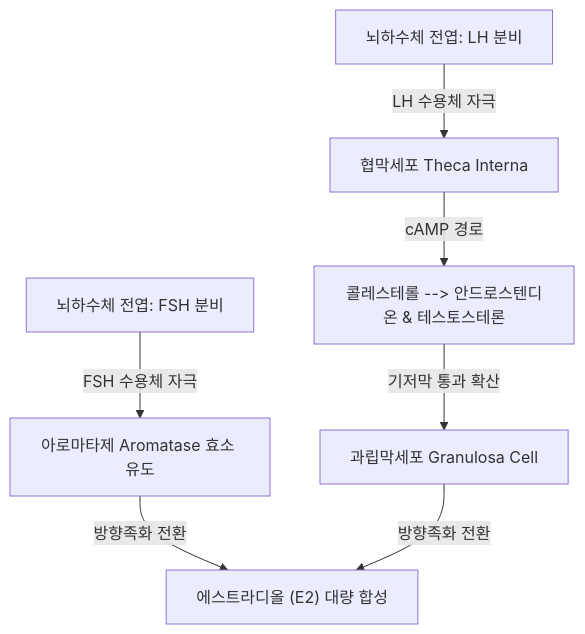
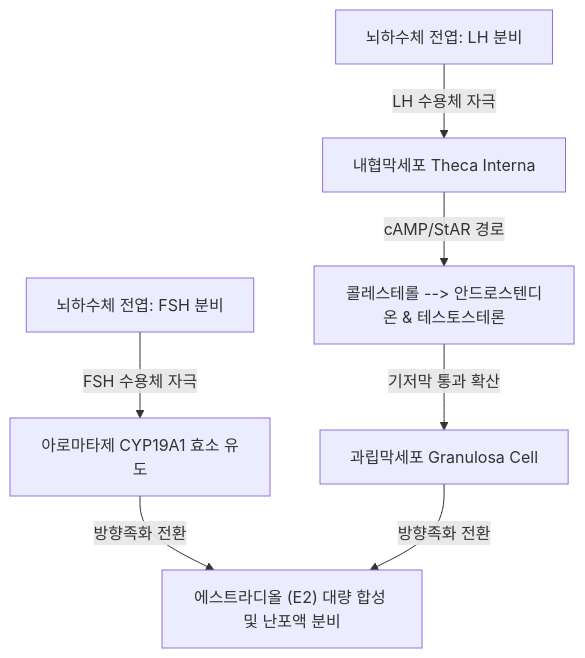
One commit to simbio11/simbio-digital-garden2 changed the diagram in content/5. 독서, 노트/독서/네터해부학/Vol1_생식기계/Day10_난소_해부내분비_낭종_PCOS_난소암_종양학.md. Above: the diagram before and after it, drawn with Mermaid. The commit also changed other lines of this file and 7 other files, not shown here.

````diff
--- a/content/5. 독서, 노트/독서/네터해부학/Vol1_생식기계/Day10_난소_해부내분비_낭종_PCOS_난소암_종양학.md
+++ b/content/5. 독서, 노트/독서/네터해부학/Vol1_생식기계/Day10_난소_해부내분비_낭종_PCOS_난소암_종양학.md
@@ -94,10 +141,10 @@
 ```mermaid
 graph TD
-  LH[뇌하수체 전엽: LH 분비] -->|LH 수용체 자극| ThecaCell[협막세포 Theca Interna]
-  ThecaCell -->|cAMP 경로| CholToAndro[콜레스테롤 --> 안드로스텐디온 & 테스토스테론]
+  LH[뇌하수체 전엽: LH 분비] -->|LH 수용체 자극| ThecaCell[내협막세포 Theca Interna]
+  ThecaCell -->|cAMP/StAR 경로| CholToAndro[콜레스테롤 --> 안드로스텐디온 & 테스토스테론]
   
   CholToAndro -->|기저막 통과 확산| GranulosaCell[과립막세포 Granulosa Cell]
   
-  FSH[뇌하수체 전엽: FSH 분비] -->|FSH 수용체 자극| Aromatase[아로마타제 Aromatase 효소 유도]
-  Aromatase & GranulosaCell -->|방향족화 전환| Estradiol["에스트라디올 (E2) 대량 합성"]
+  FSH[뇌하수체 전엽: FSH 분비] -->|FSH 수용체 자극| Aromatase[아로마타제 CYP19A1 효소 유도]
+  Aromatase & GranulosaCell -->|방향족화 전환| Estradiol["에스트라디올 (E2) 대량 합성 및 난포액 분비"]
 ```
````
